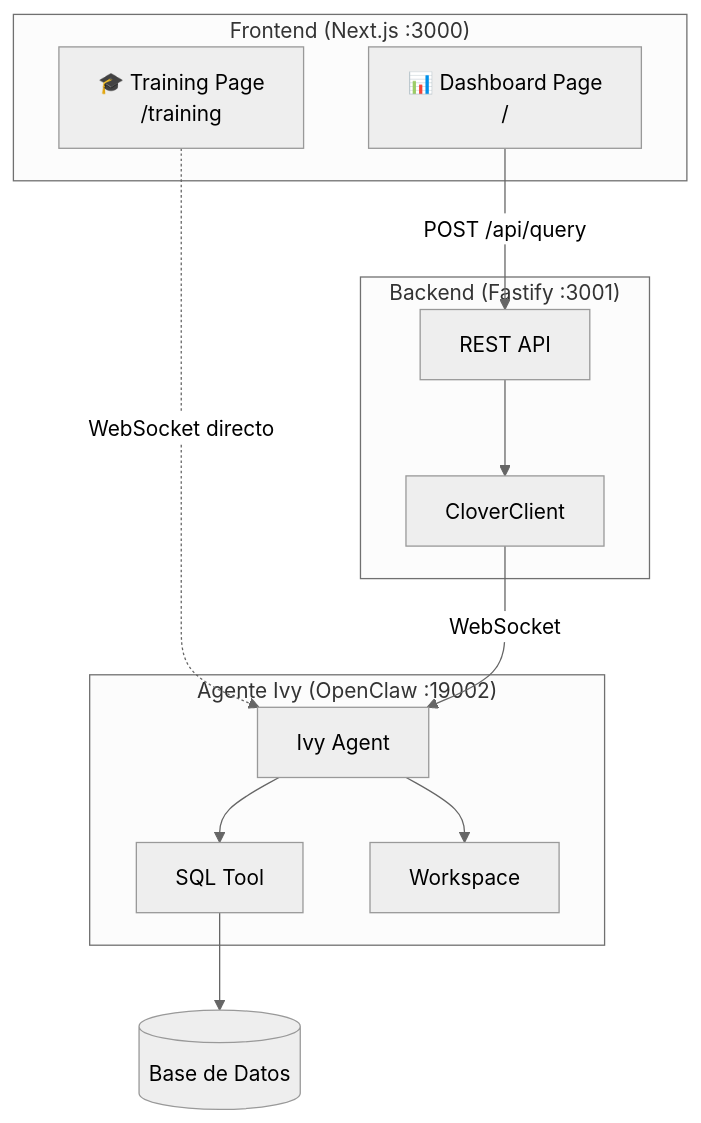
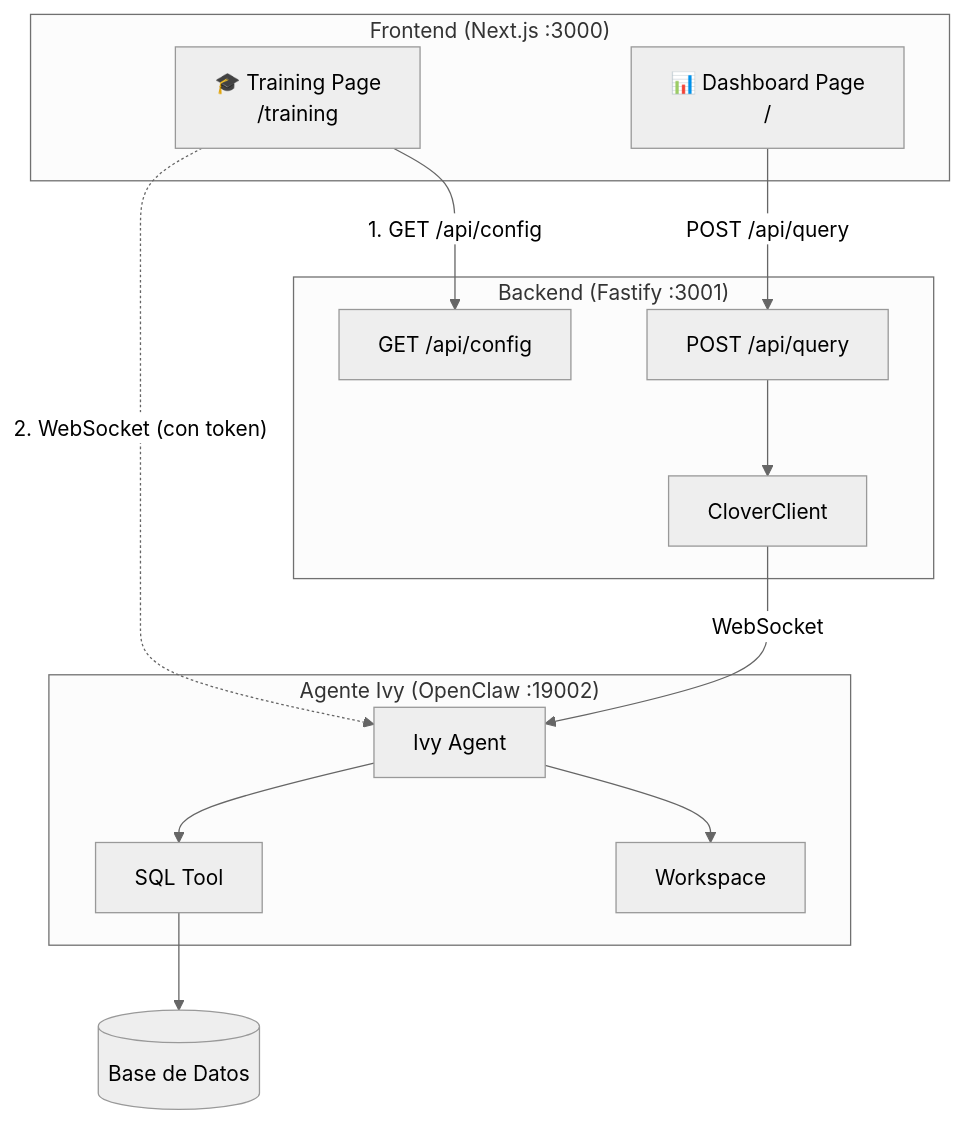
The first of 3 diagrams in docs/02-arquitectura.md (dchaves80/CloverBI), drawn with Mermaid (neutral theme) before and after one commit. The commit also changed other lines of this file and 2 other files, not shown here.

Commit message:
feat(backend): nuevo endpoint /api/config para Training - Frontend obtiene gatewayUrl y gatewayToken del backend - Token no hardcodeado, parametrizable en runtime - Actualizada documentación de arquitectura

````diff
--- a/docs/02-arquitectura.md
+++ b/docs/02-arquitectura.md
@@ -5,28 +5,30 @@
 ```mermaid
 flowchart TB
     subgraph "Frontend (Next.js :3000)"
         FT["🎓 Training Page<br/>/training"]
         FD["📊 Dashboard Page<br/>/"]
     end
     
     subgraph "Backend (Fastify :3001)"
-        API["REST API"]
+        CFG["GET /api/config"]
+        API["POST /api/query"]
         CC["CloverClient"]
     end
     
     subgraph "Agente Ivy (OpenClaw :19002)"
         IVY["Ivy Agent"]
         SQL["SQL Tool"]
         WS["Workspace"]
     end
     
     DB[("Base de Datos")]
     
-    FT -.->|"WebSocket directo"| IVY
+    FT -->|"1. GET /api/config"| CFG
+    FT -.->|"2. WebSocket (con token)"| IVY
     FD -->|"POST /api/query"| API
     API --> CC
     CC -->|"WebSocket"| IVY
     IVY --> SQL
     SQL --> DB
     IVY --> WS
 ```
````
